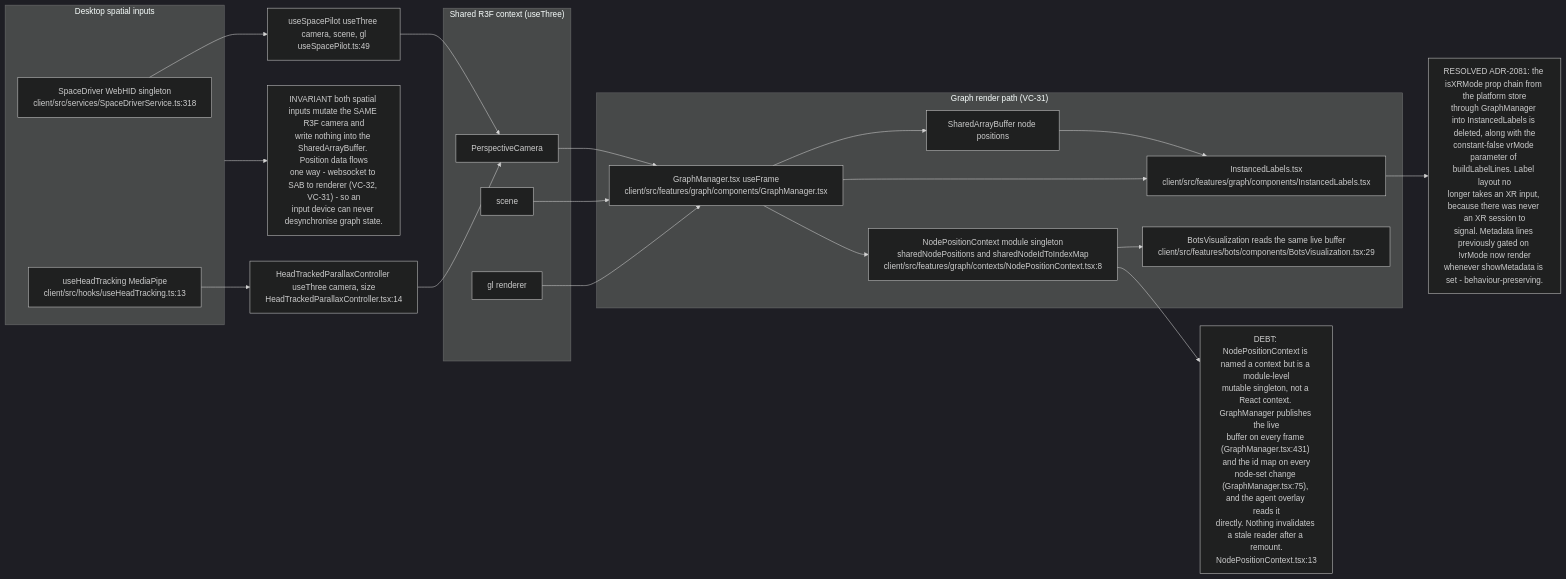
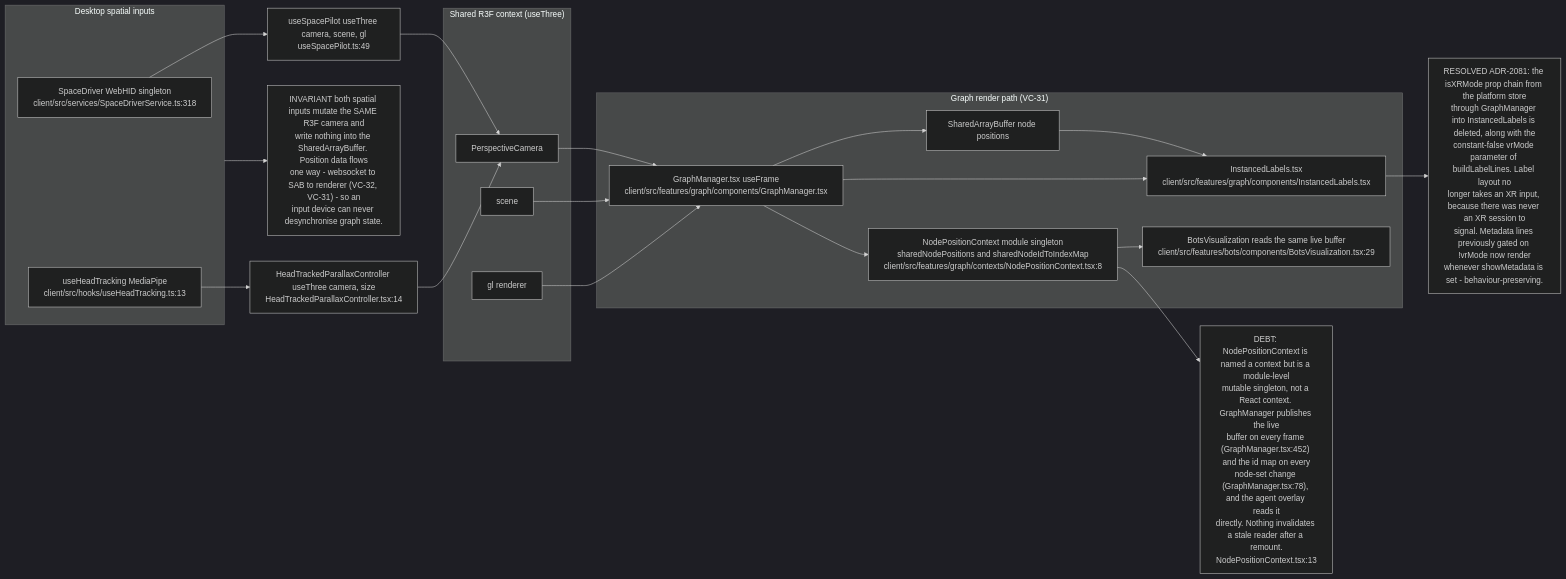
One commit to DreamLab-AI/VisionFlow changed the seventh of 10 diagrams in docs/diagrams/visionclaw/37-browser-xr-and-desktop-input.md. Above: the diagram before and after it, drawn with Mermaid (dark theme). The commit also changed other lines of this file and 160 other files, not shown here.

````diff
--- a/docs/diagrams/visionclaw/37-browser-xr-and-desktop-input.md
+++ b/docs/diagrams/visionclaw/37-browser-xr-and-desktop-input.md
@@ -294,35 +294,35 @@
 ```mermaid
 flowchart LR
     subgraph inputs["Desktop spatial inputs"]
         SP["SpaceDriver WebHID singleton<br/>client/src/services/SpaceDriverService.ts:318"]
         HT["useHeadTracking MediaPipe<br/>client/src/hooks/useHeadTracking.ts:13"]
     end
     subgraph r3f["Shared R3F context (useThree)"]
         CAM["PerspectiveCamera"]
         SCN["scene"]
         GL["gl renderer"]
     end
     subgraph graph["Graph render path (VC-31)"]
         GMx["GraphManager.tsx useFrame<br/>client/src/features/graph/components/GraphManager.tsx"]
         SAB["SharedArrayBuffer node positions"]
         ILx["InstancedLabels.tsx<br/>client/src/features/graph/components/InstancedLabels.tsx"]
         NPC["NodePositionContext module singleton<br/>sharedNodePositions and sharedNodeIdToIndexMap<br/>client/src/features/graph/contexts/NodePositionContext.tsx:8"]
         BVx["BotsVisualization reads the same live buffer<br/>client/src/features/bots/components/BotsVisualization.tsx:29"]
     end
     SP --> HKx["useSpacePilot useThree camera, scene, gl<br/>useSpacePilot.ts:49"] --> CAM
     HT --> HPCx["HeadTrackedParallaxController useThree camera, size<br/>HeadTrackedParallaxController.tsx:14"] --> CAM
     CAM --> GMx
     SCN --> GMx
     GL --> GMx
     GMx --> SAB
     SAB --> ILx
     GMx --> ILx
     GMx --> NPC
     NPC --> BVx
     ILx --> NOTE1
     NOTE1["RESOLVED ADR-2081: the isXRMode prop chain from the platform store<br/>through GraphManager into InstancedLabels is deleted, along with the<br/>constant-false vrMode parameter of buildLabelLines. Label layout no<br/>longer takes an XR input, because there was never an XR session to<br/>signal. Metadata lines previously gated on !vrMode now render<br/>whenever showMetadata is set - behaviour-preserving."]
     inputs --> NOTE2
     NOTE2["INVARIANT both spatial inputs mutate the SAME R3F camera and<br/>write nothing into the SharedArrayBuffer. Position data flows<br/>one way - websocket to SAB to renderer (VC-32, VC-31) - so an<br/>input device can never desynchronise graph state."]
     NPC --> NOTE3
-    NOTE3["DEBT: NodePositionContext is named a context but is a module-level<br/>mutable singleton, not a React context. GraphManager publishes the live<br/>buffer on every frame (GraphManager.tsx:431) and the id map on every<br/>node-set change (GraphManager.tsx:75), and the agent overlay reads it<br/>directly. Nothing invalidates a stale reader after a remount.<br/>NodePositionContext.tsx:13"]
+    NOTE3["DEBT: NodePositionContext is named a context but is a module-level<br/>mutable singleton, not a React context. GraphManager publishes the live<br/>buffer on every frame (GraphManager.tsx:452) and the id map on every<br/>node-set change (GraphManager.tsx:78), and the agent overlay reads it<br/>directly. Nothing invalidates a stale reader after a remount.<br/>NodePositionContext.tsx:13"]
 ```
````
